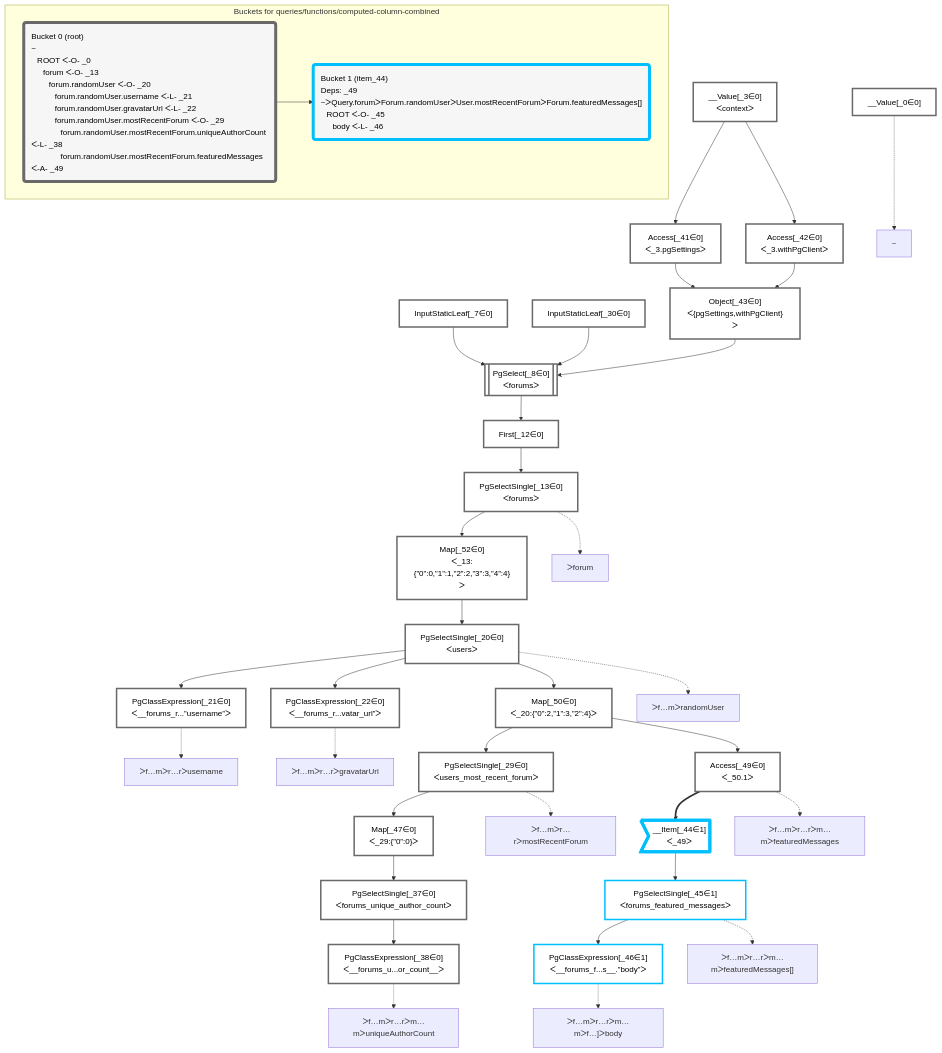
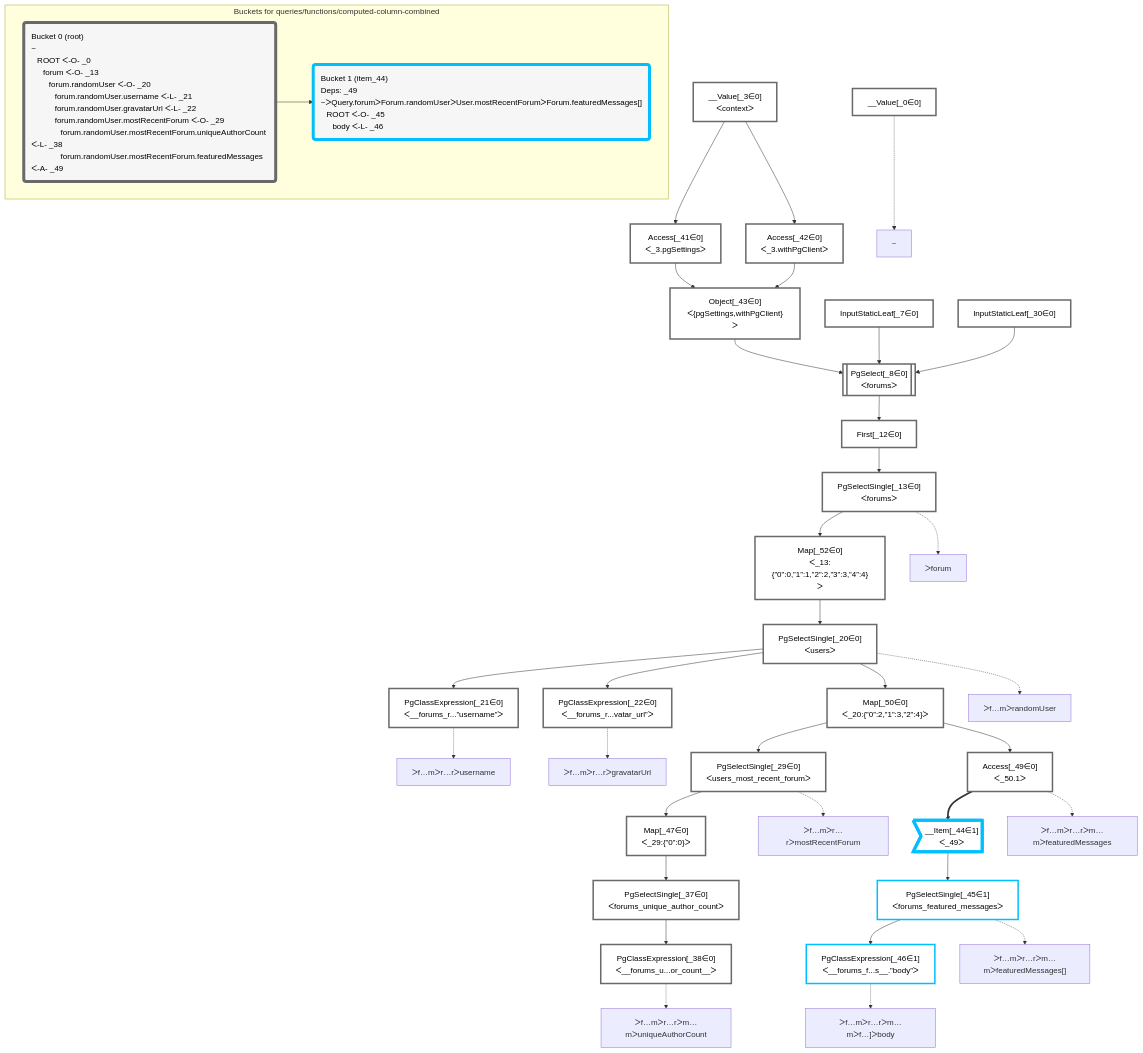
Before and after one commit to graphile/crystal: the diagram in packages/dataplan-pg/__tests__/queries/functions/computed-column-combined.mermaid.md, drawn with Mermaid. The commit also changed other lines of this file and 195 other files, not shown here.

```diff
--- a/packages/dataplan-pg/__tests__/queries/functions/computed-column-combined.mermaid.md
+++ b/packages/dataplan-pg/__tests__/queries/functions/computed-column-combined.mermaid.md
@@ -9,49 +9,49 @@
 
     %% define plans
     __Value_0["__Value[_0∈0]"]:::plan
+    PgClassExpression_21["PgClassExpression[_21∈0]<br />ᐸ__forums_r...”username”ᐳ"]:::plan
+    PgClassExpression_22["PgClassExpression[_22∈0]<br />ᐸ__forums_r...vatar_url”ᐳ"]:::plan
+    PgClassExpression_38["PgClassExpression[_38∈0]<br />ᐸ__forums_u...or_count__ᐳ"]:::plan
+    PgSelectSingle_37["PgSelectSingle[_37∈0]<br />ᐸforums_unique_author_countᐳ"]:::plan
+    Map_47["Map[_47∈0]<br />ᐸ_29:{”0”:0}ᐳ"]:::plan
+    PgSelectSingle_29["PgSelectSingle[_29∈0]<br />ᐸusers_most_recent_forumᐳ"]:::plan
+    PgClassExpression_46["PgClassExpression[_46∈1]<br />ᐸ__forums_f...s__.”body”ᐳ"]:::plan
+    PgSelectSingle_45["PgSelectSingle[_45∈1]<br />ᐸforums_featured_messagesᐳ"]:::plan
+    __Item_44>"__Item[_44∈1]<br />ᐸ_49ᐳ"]:::itemplan
+    Access_49["Access[_49∈0]<br />ᐸ_50.1ᐳ"]:::plan
+    Map_50["Map[_50∈0]<br />ᐸ_20:{”0”:2,”1”:3,”2”:4}ᐳ"]:::plan
+    PgSelectSingle_20["PgSelectSingle[_20∈0]<br />ᐸusersᐳ"]:::plan
+    Map_52["Map[_52∈0]<br />ᐸ_13:{”0”:0,”1”:1,”2”:2,”3”:3,”4”:4}ᐳ"]:::plan
+    PgSelectSingle_13["PgSelectSingle[_13∈0]<br />ᐸforumsᐳ"]:::plan
+    First_12["First[_12∈0]"]:::plan
+    PgSelect_8[["PgSelect[_8∈0]<br />ᐸforumsᐳ"]]:::plan
+    Object_43["Object[_43∈0]<br />ᐸ{pgSettings,withPgClient}ᐳ"]:::plan
+    Access_41["Access[_41∈0]<br />ᐸ_3.pgSettingsᐳ"]:::plan
+    Access_42["Access[_42∈0]<br />ᐸ_3.withPgClientᐳ"]:::plan
     __Value_3["__Value[_3∈0]<br />ᐸcontextᐳ"]:::plan
     InputStaticLeaf_7["InputStaticLeaf[_7∈0]"]:::plan
-    PgSelect_8[["PgSelect[_8∈0]<br />ᐸforumsᐳ"]]:::plan
-    First_12["First[_12∈0]"]:::plan
-    PgSelectSingle_13["PgSelectSingle[_13∈0]<br />ᐸforumsᐳ"]:::plan
-    PgSelectSingle_20["PgSelectSingle[_20∈0]<br />ᐸusersᐳ"]:::plan
-    PgClassExpression_21["PgClassExpression[_21∈0]<br />ᐸ__forums_r...”username”ᐳ"]:::plan
-    PgClassExpression_22["PgClassExpression[_22∈0]<br />ᐸ__forums_r...vatar_url”ᐳ"]:::plan
-    PgSelectSingle_29["PgSelectSingle[_29∈0]<br />ᐸusers_most_recent_forumᐳ"]:::plan
     InputStaticLeaf_30["InputStaticLeaf[_30∈0]"]:::plan
-    PgSelectSingle_37["PgSelectSingle[_37∈0]<br />ᐸforums_unique_author_countᐳ"]:::plan
-    PgClassExpression_38["PgClassExpression[_38∈0]<br />ᐸ__forums_u...or_count__ᐳ"]:::plan
-    Access_41["Access[_41∈0]<br />ᐸ_3.pgSettingsᐳ"]:::plan
-    Access_42["Access[_42∈0]<br />ᐸ_3.withPgClientᐳ"]:::plan
-    Object_43["Object[_43∈0]<br />ᐸ{pgSettings,withPgClient}ᐳ"]:::plan
-    __Item_44>"__Item[_44∈1]<br />ᐸ_49ᐳ"]:::itemplan
-    PgSelectSingle_45["PgSelectSingle[_45∈1]<br />ᐸforums_featured_messagesᐳ"]:::plan
-    PgClassExpression_46["PgClassExpression[_46∈1]<br />ᐸ__forums_f...s__.”body”ᐳ"]:::plan
-    Map_47["Map[_47∈0]<br />ᐸ_29:{”0”:0}ᐳ"]:::plan
-    Access_49["Access[_49∈0]<br />ᐸ_50.1ᐳ"]:::plan
-    Map_50["Map[_50∈0]<br />ᐸ_20:{”0”:2,”1”:3,”2”:4}ᐳ"]:::plan
-    Map_52["Map[_52∈0]<br />ᐸ_13:{”0”:0,”1”:1,”2”:2,”3”:3,”4”:4}ᐳ"]:::plan
 
     %% plan dependencies
-    Object_43 & InputStaticLeaf_7 & InputStaticLeaf_30 --> PgSelect_8
-    PgSelect_8 --> First_12
-    First_12 --> PgSelectSingle_13
-    Map_52 --> PgSelectSingle_20
     PgSelectSingle_20 --> PgClassExpression_21
     PgSelectSingle_20 --> PgClassExpression_22
+    PgSelectSingle_37 --> PgClassExpression_38
+    Map_47 --> PgSelectSingle_37
+    PgSelectSingle_29 --> Map_47
     Map_50 --> PgSelectSingle_29
-    Map_47 --> PgSelectSingle_37
-    PgSelectSingle_37 --> PgClassExpression_38
+    PgSelectSingle_45 --> PgClassExpression_46
+    __Item_44 --> PgSelectSingle_45
+    Access_49 ==> __Item_44
+    Map_50 --> Access_49
+    PgSelectSingle_20 --> Map_50
+    Map_52 --> PgSelectSingle_20
+    PgSelectSingle_13 --> Map_52
+    First_12 --> PgSelectSingle_13
+    PgSelect_8 --> First_12
+    Object_43 & InputStaticLeaf_7 & InputStaticLeaf_30 --> PgSelect_8
+    Access_41 & Access_42 --> Object_43
     __Value_3 --> Access_41
     __Value_3 --> Access_42
-    Access_41 & Access_42 --> Object_43
-    Access_49 ==> __Item_44
-    __Item_44 --> PgSelectSingle_45
-    PgSelectSingle_45 --> PgClassExpression_46
-    PgSelectSingle_29 --> Map_47
-    Map_50 --> Access_49
-    PgSelectSingle_20 --> Map_50
-    PgSelectSingle_13 --> Map_52
 
     %% plan-to-path relationships
     P_0["~"]
```
